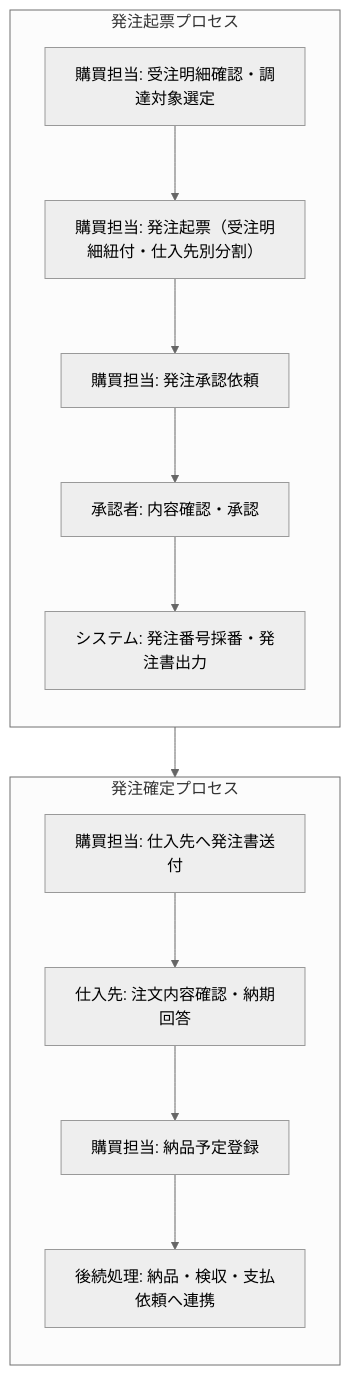
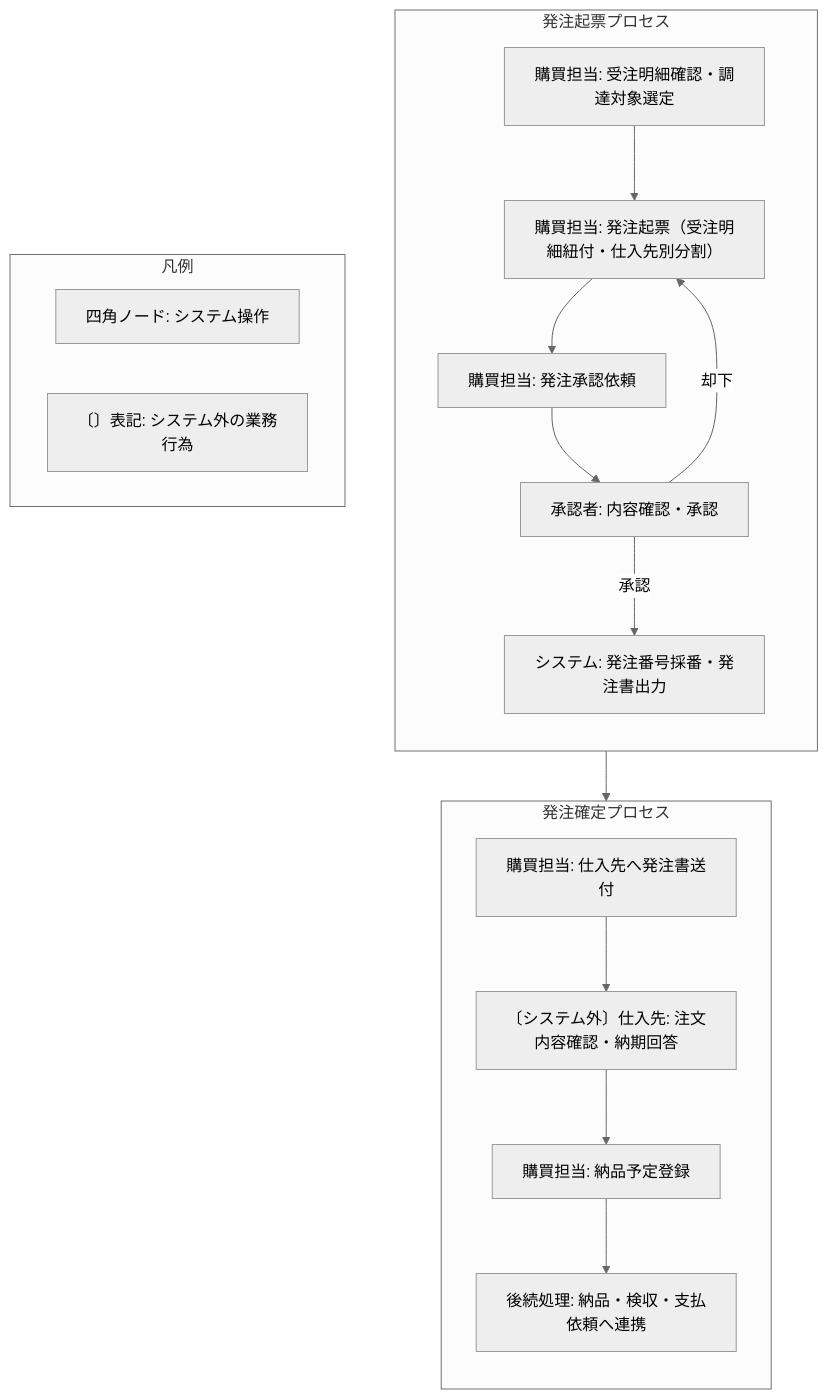
The second of 4 diagrams in requirements_definition.md (aknk8/20260419_transaction), drawn with Mermaid (neutral theme) before and after one commit. The commit also changed other lines of this file and 36 other files, not shown here.

````diff
--- a/requirements_definition.md
+++ b/requirements_definition.md
@@ -205,23 +215,31 @@
 ```mermaid
 flowchart TD
     %% 発注起票フェーズ
     subgraph 発注起票プロセス
         direction TB
         A[購買担当: 受注明細確認・調達対象選定] --> B[購買担当: 発注起票（受注明細紐付・仕入先別分割）]
         B --> C[購買担当: 発注承認依頼]
         C --> D[承認者: 内容確認・承認]
-        D --> E[システム: 発注番号採番・発注書出力]
+        D -- 承認 --> E[システム: 発注番号採番・発注書出力]
+        D -- 却下 --> B
     end
 
     %% 発注確定フェーズ
     subgraph 発注確定プロセス
         direction TB
         E --> F[購買担当: 仕入先へ発注書送付]
-        F --> G[仕入先: 注文内容確認・納期回答]
+        F --> G[〔システム外〕仕入先: 注文内容確認・納期回答]
         G --> H[購買担当: 納品予定登録]
         H --> I[後続処理: 納品・検収・支払依頼へ連携]
+    end
+
+    %% 凡例
+    subgraph 凡例
+        direction LR
+        L1[四角ノード: システム操作]
+        L2[〔〕表記: システム外の業務行為]
     end
 
     %% スタイリング（オプション）
     classDef process fill:#f9f9f9,stroke:#333,stroke-width:1px;
 ```
````
